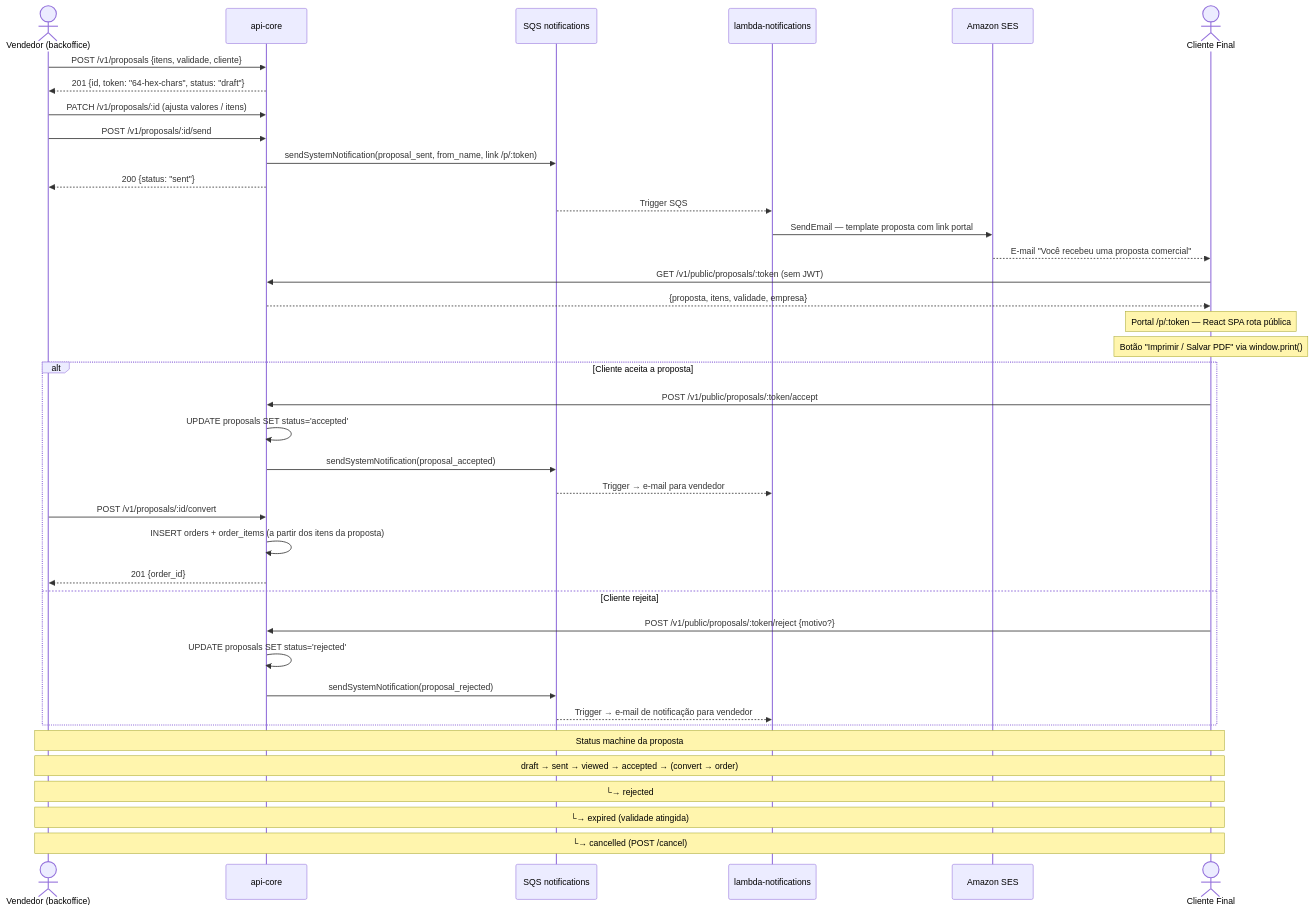
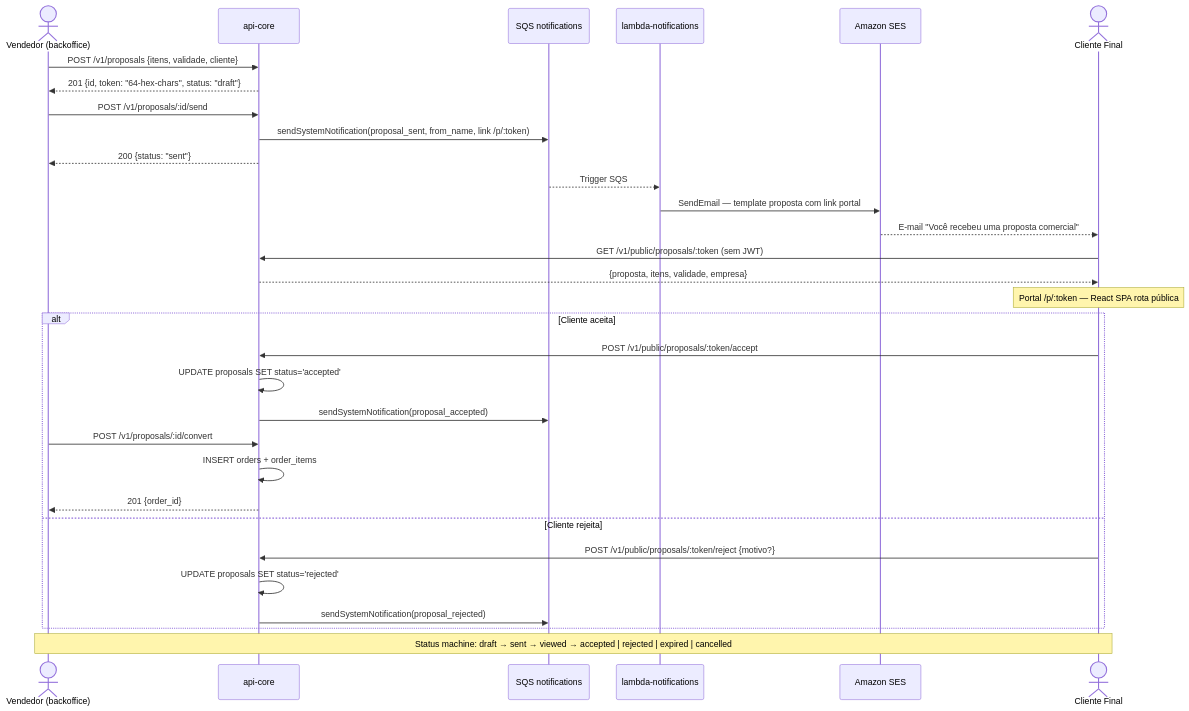
Before and after one commit to gercenioxsilva/erp-lite: the eighth of 9 diagrams in README.md, drawn with Mermaid. The commit also changed other lines of this file, not shown here.

````diff
--- a/README.md
+++ b/README.md
@@ -435,47 +463,39 @@
 ```mermaid
 sequenceDiagram
     actor V as Vendedor (backoffice)
     participant A as api-core
     participant Q as SQS notifications
     participant L as lambda-notifications
     participant S as Amazon SES
     actor C as Cliente Final
 
     V->>A: POST /v1/proposals {itens, validade, cliente}
     A-->>V: 201 {id, token: "64-hex-chars", status: "draft"}
 
-    V->>A: PATCH /v1/proposals/:id (ajusta valores / itens)
     V->>A: POST /v1/proposals/:id/send
     A->>Q: sendSystemNotification(proposal_sent, from_name, link /p/:token)
     A-->>V: 200 {status: "sent"}
 
     Q-->>L: Trigger SQS
     L->>S: SendEmail — template proposta com link portal
     S-->>C: E-mail "Você recebeu uma proposta comercial"
 
     C->>A: GET /v1/public/proposals/:token (sem JWT)
     A-->>C: {proposta, itens, validade, empresa}
     Note over C: Portal /p/:token — React SPA rota pública
-    Note over C: Botão "Imprimir / Salvar PDF" via window.print()
 
-    alt Cliente aceita a proposta
+    alt Cliente aceita
         C->>A: POST /v1/public/proposals/:token/accept
         A->>A: UPDATE proposals SET status='accepted'
         A->>Q: sendSystemNotification(proposal_accepted)
-        Q-->>L: Trigger → e-mail para vendedor
         V->>A: POST /v1/proposals/:id/convert
-        A->>A: INSERT orders + order_items (a partir dos itens da proposta)
+        A->>A: INSERT orders + order_items
         A-->>V: 201 {order_id}
     else Cliente rejeita
         C->>A: POST /v1/public/proposals/:token/reject {motivo?}
         A->>A: UPDATE proposals SET status='rejected'
         A->>Q: sendSystemNotification(proposal_rejected)
-        Q-->>L: Trigger → e-mail de notificação para vendedor
     end
 
-    Note over V,C: Status machine da proposta
-    Note over V,C: draft → sent → viewed → accepted → (convert → order)
-    Note over V,C:                        └→ rejected
-    Note over V,C:                        └→ expired (validade atingida)
-    Note over V,C:                        └→ cancelled (POST /cancel)
+    Note over V,C: Status machine: draft → sent → viewed → accepted | rejected | expired | cancelled
 ```
````
